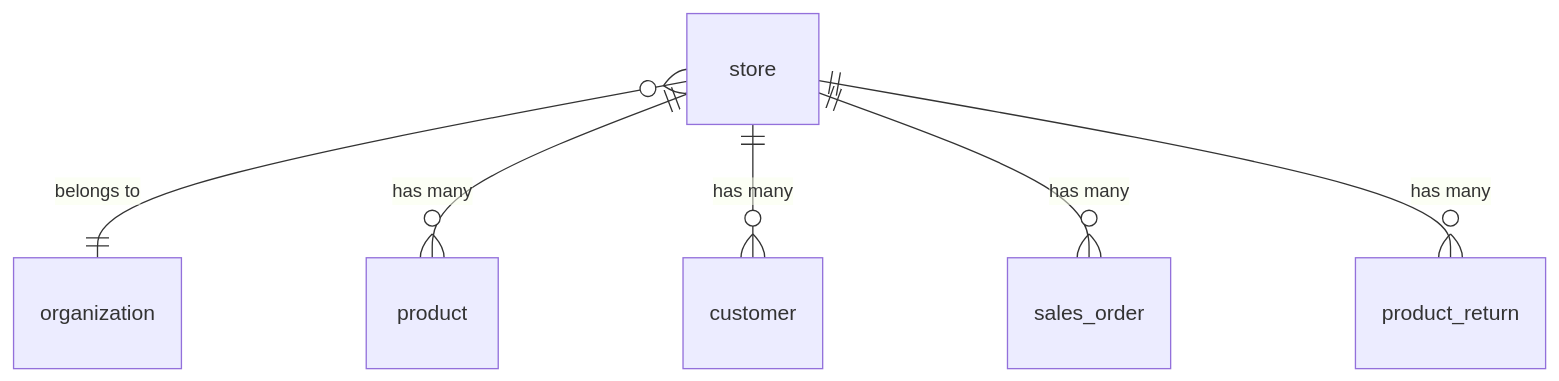
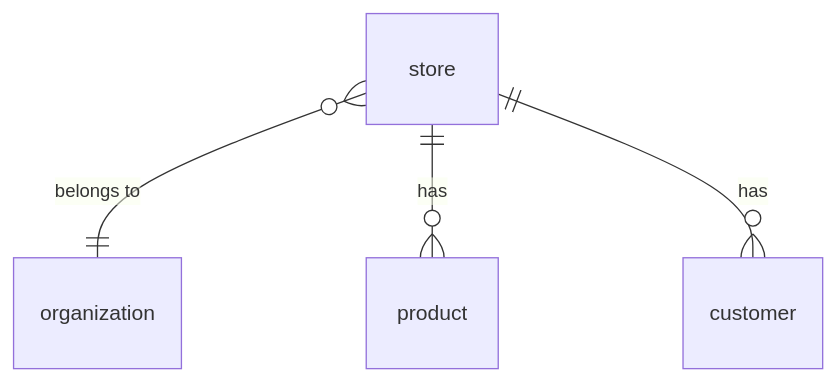
Before and after one commit to Shahrukh489/gekkosuite-api: the second of 7 diagrams in docs/database.md, drawn with Mermaid. The commit also changed other lines of this file, not shown here.

Commit message:
working on db er diagram

````diff
--- a/docs/database.md
+++ b/docs/database.md
@@ -147,8 +146,6 @@
 ```mermaid
 erDiagram
     store }o--|| organization : "belongs to"
-    store ||--o{ product : "has many"
-    store ||--o{ customer : "has many"
-    store ||--o{ sales_order : "has many"
-    store ||--o{ product_return : "has many"
+    store ||--o{ product : "has"
+    store ||--o{ customer : "has"
 ```
````
